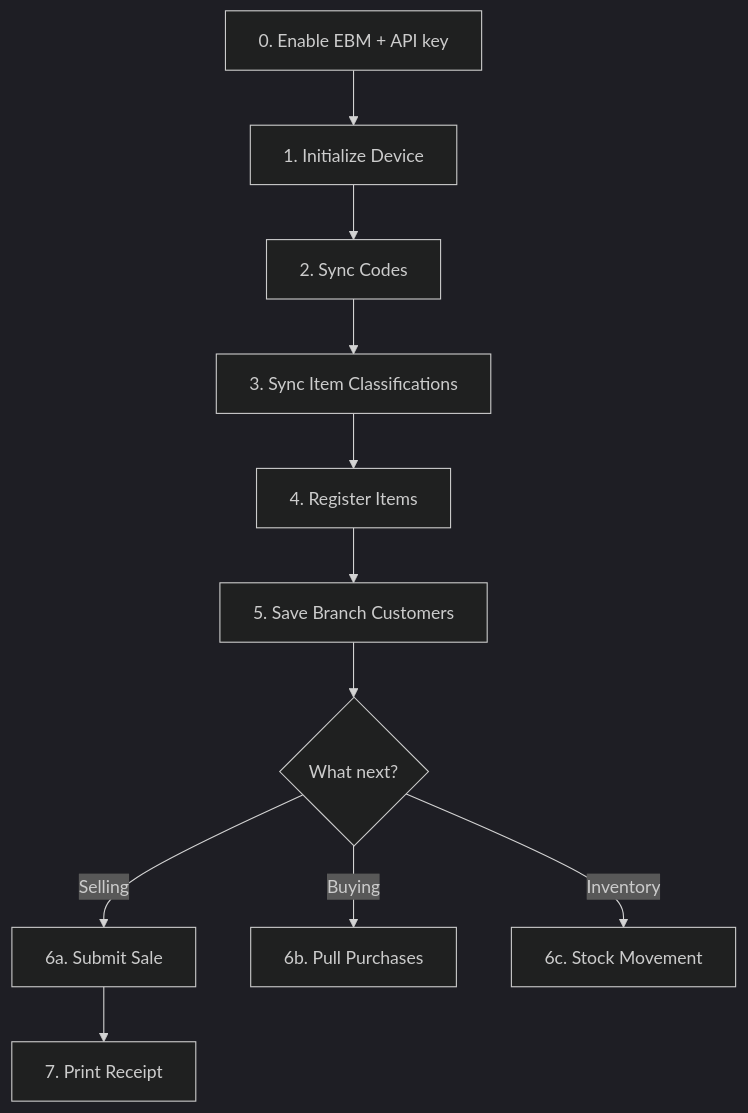
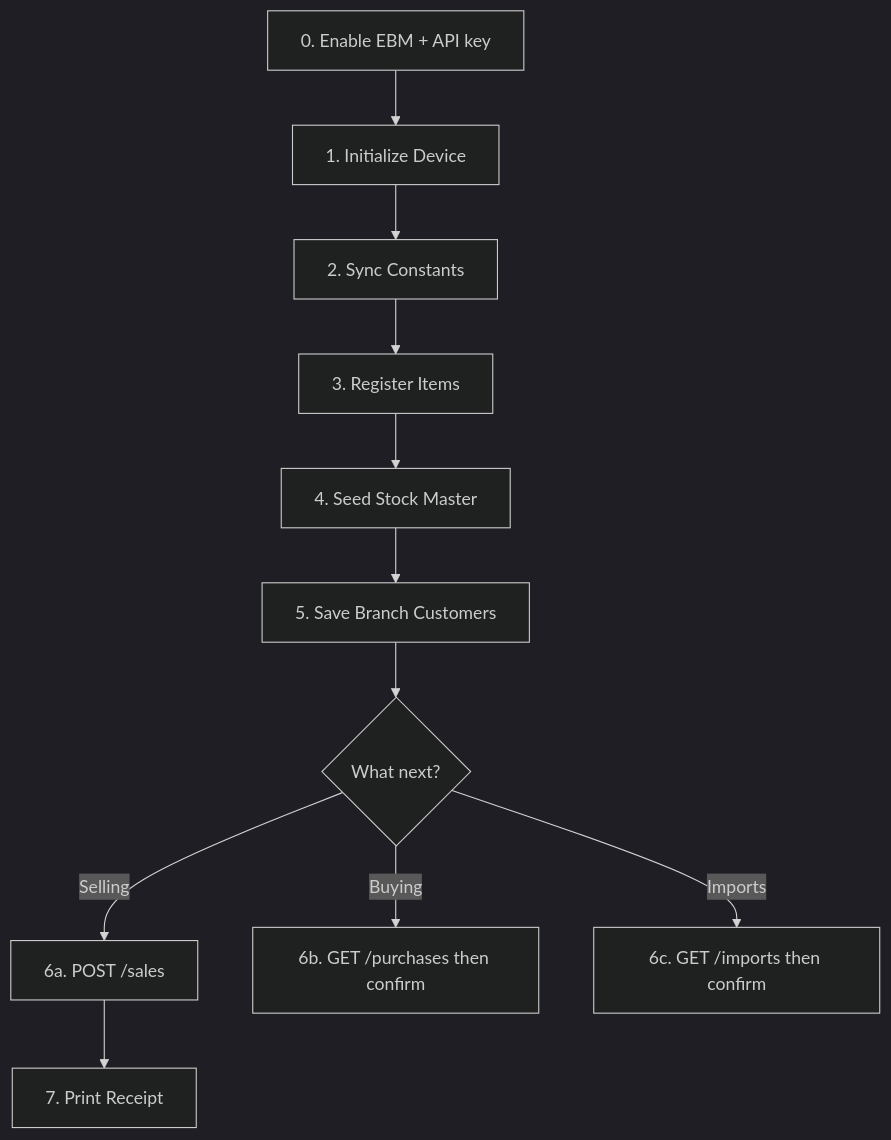
One commit to kaykorw/ebm_thirdparty_docs changed the diagram in workflows/getting-started.mdx. Above: the diagram before and after it, drawn with Mermaid (dark theme). The commit also changed other lines of this file and 25 other files, not shown here.

````diff
--- a/workflows/getting-started.mdx
+++ b/workflows/getting-started.mdx
@@ -18,13 +18,13 @@
 ```mermaid
 flowchart TD
     A["0. Enable EBM + API key"] --> B["1. Initialize Device"]
-    B --> C["2. Sync Codes"]
-    C --> D["3. Sync Item Classifications"]
-    D --> E["4. Register Items"]
+    B --> C["2. Sync Constants"]
+    C --> D["3. Register Items"]
+    D --> E["4. Seed Stock Master"]
     E --> F["5. Save Branch Customers"]
     F --> G{"What next?"}
-    G -->|Selling| H["6a. Submit Sale"]
-    G -->|Buying| I["6b. Pull Purchases"]
-    G -->|Inventory| J["6c. Stock Movement"]
+    G -->|Selling| H["6a. POST /sales"]
+    G -->|Buying| I["6b. GET /purchases then confirm"]
+    G -->|Imports| J["6c. GET /imports then confirm"]
     H --> K["7. Print Receipt"]
 ```
````
